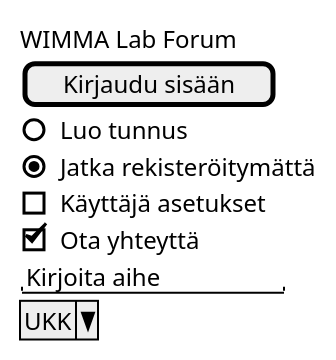
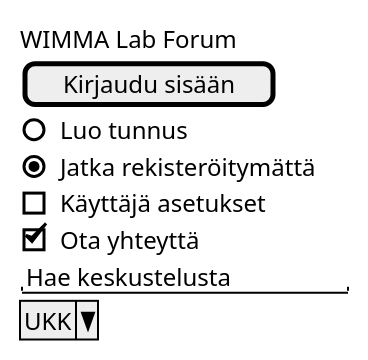
Before and after one commit to ninaleo/S2021-AB5160-core: the third of 6 diagrams in dokumentit/20-Vaatimustenhallinta/vaatimusmaaritely-tiivis.md, drawn with PlantUML.

````diff
--- a/dokumentit/20-Vaatimustenhallinta/vaatimusmaaritely-tiivis.md
+++ b/dokumentit/20-Vaatimustenhallinta/vaatimusmaaritely-tiivis.md
@@ -109,13 +109,13 @@
 ```plantuml
 salt
 {
   WIMMA Lab Forum
   [Kirjaudu sisään]
   ()  Luo tunnus
   (X) Jatka rekisteröitymättä
   []  Käyttäjä asetukset
   [X] Ota yhteyttä
-  "Kirjoita aihe   "
+  "Hae keskustelusta   "
   ^UKK^
 }
 ```
````
